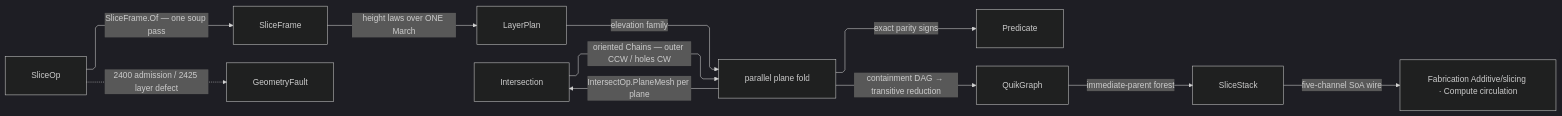
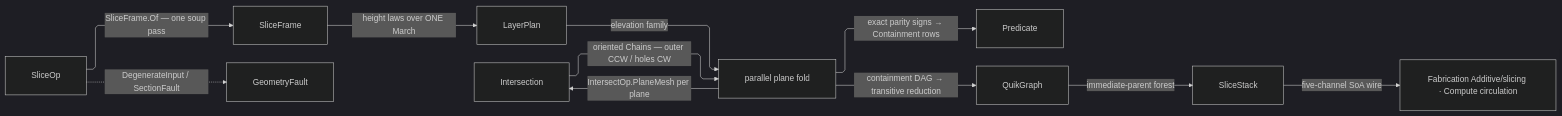
One commit to bsamiee/Rasm changed the diagram in libs/csharp/Rasm/.planning/Meshing/slice.md. Above: the diagram before and after it, drawn with Mermaid (dark theme). The commit also changed other lines of this file and 818 other files, not shown here.

````diff
--- a/libs/csharp/Rasm/.planning/Meshing/slice.md
+++ b/libs/csharp/Rasm/.planning/Meshing/slice.md
@@ -390,22 +457,22 @@
 ```mermaid
 ---
 config:
   layout: elk
   flowchart:
     curve: linear
     padding: 25
 ---
 flowchart LR
     accTitle: Slice stack flow
     accDescr: Layer plans generate plane families folded per plane through the intersect owner into nested contours frozen as the slice stack wire.
     SliceOp -->|SliceFrame.Of — one soup pass| SliceFrame
     SliceFrame -->|height laws over ONE March| LayerPlan
     LayerPlan -->|elevation family| Fold["parallel plane fold"]
     Fold -->|IntersectOp.PlaneMesh per plane| Intersection
     Intersection -->|oriented Chains — outer CCW / holes CW| Fold
-    Fold -->|exact parity signs| Predicate
+    Fold -->|exact parity signs → Containment rows| Predicate
     Fold -->|containment DAG → transitive reduction| QuikGraph
     QuikGraph -->|immediate-parent forest| SliceStack
     SliceStack -->|five-channel SoA wire| Decoders["Fabrication Additive/slicing · Compute circulation"]
-    SliceOp -.->|2400 admission / 2425 layer defect| GeometryFault
+    SliceOp -.->|DegenerateInput / SectionFault| GeometryFault
 ```
````
